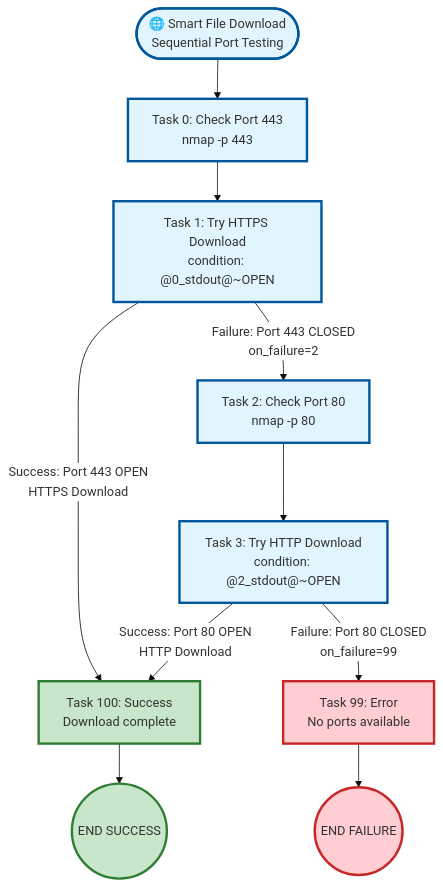
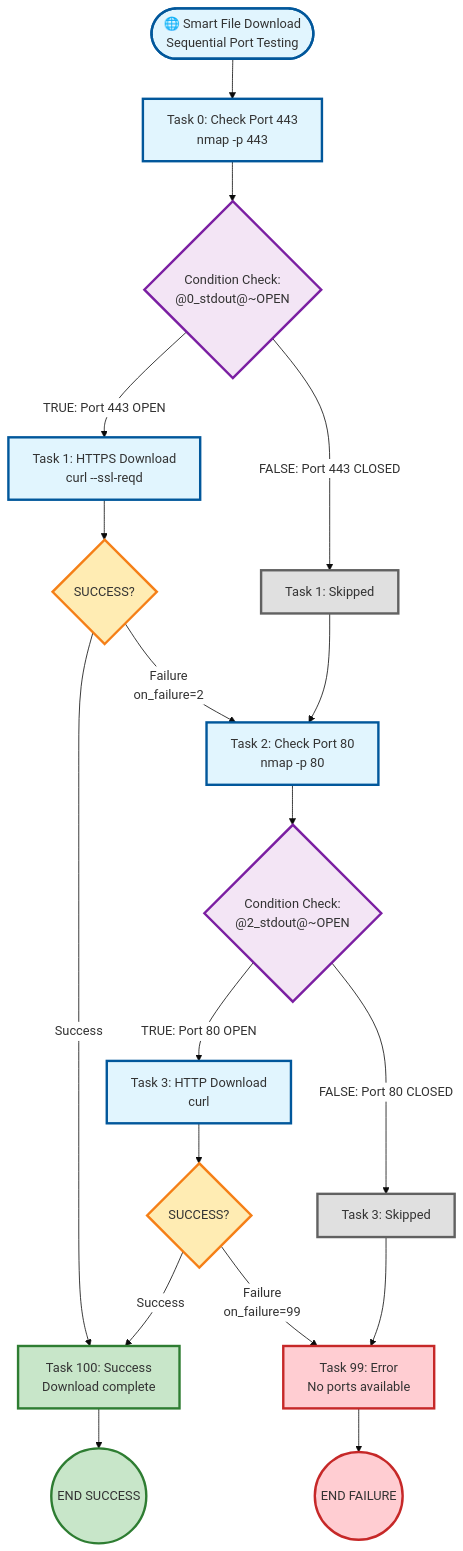
The fourth of 4 diagrams in README.md (bastelbude1/Tasker), drawn with Mermaid before and after one commit.

Commit message:
Fix: Add missing condition check blocks to Smart File Download graph
- Added condition check blocks (purple) for @0_stdout@~OPEN and @2_stdout@~OPEN
- Added success evaluation blocks (yellow) for download tasks
- Shows proper flow: Task → Condition Check → Execute/Skip → Success Check
- Added 'Skipped' nodes (gray) to show what happens when conditions are FALSE
- Proper visualization of conditional execution with pre-task conditions
- Accurate representation of how TASKER evaluates conditions before execution

The graph now correctly shows the conditional flow control logic

````diff
--- a/README.md
+++ b/README.md
@@ -2176,26 +2176,44 @@
 ```mermaid
 %%{init: {'theme':'base', 'themeVariables': {'primaryColor':'#ffffff'}}}%%
 flowchart TD
     Start([🌐 Smart File Download<br/>Sequential Port Testing]) --> T0[Task 0: Check Port 443<br/>nmap -p 443]
-    T0 --> T1[Task 1: Try HTTPS Download<br/>condition: @0_stdout@~OPEN]
+    T0 --> C1{Condition Check:<br/>@0_stdout@~OPEN}
 
-    T1 -->|Success: Port 443 OPEN<br/>HTTPS Download| Success[Task 100: Success<br/>Download complete]
-    T1 -->|Failure: Port 443 CLOSED<br/>on_failure=2| T2[Task 2: Check Port 80<br/>nmap -p 80]
+    C1 -->|TRUE: Port 443 OPEN| T1[Task 1: HTTPS Download<br/>curl --ssl-reqd]
+    C1 -->|FALSE: Port 443 CLOSED| Skip1[Task 1: Skipped]
 
-    T2 --> T3[Task 3: Try HTTP Download<br/>condition: @2_stdout@~OPEN]
-    T3 -->|Success: Port 80 OPEN<br/>HTTP Download| Success
-    T3 -->|Failure: Port 80 CLOSED<br/>on_failure=99| Failed[Task 99: Error<br/>No ports available]
+    T1 --> S1{SUCCESS?}
+    S1 -->|Success| Success[Task 100: Success<br/>Download complete]
+    S1 -->|Failure<br/>on_failure=2| T2[Task 2: Check Port 80<br/>nmap -p 80]
+
+    Skip1 --> T2
+    T2 --> C2{Condition Check:<br/>@2_stdout@~OPEN}
+
+    C2 -->|TRUE: Port 80 OPEN| T3[Task 3: HTTP Download<br/>curl]
+    C2 -->|FALSE: Port 80 CLOSED| Skip3[Task 3: Skipped]
+
+    T3 --> S3{SUCCESS?}
+    S3 -->|Success| Success
+    S3 -->|Failure<br/>on_failure=99| Failed[Task 99: Error<br/>No ports available]
+
+    Skip3 --> Failed
 
     Success --> Complete((END SUCCESS))
     Failed --> Stop((END FAILURE))
 
     style Start fill:#e1f5fe,stroke:#01579b,stroke-width:3px
     style T0 fill:#e1f5fe,stroke:#01579b,stroke-width:3px
     style T1 fill:#e1f5fe,stroke:#01579b,stroke-width:3px
     style T2 fill:#e1f5fe,stroke:#01579b,stroke-width:3px
     style T3 fill:#e1f5fe,stroke:#01579b,stroke-width:3px
+    style C1 fill:#f3e5f5,stroke:#7b1fa2,stroke-width:3px
+    style C2 fill:#f3e5f5,stroke:#7b1fa2,stroke-width:3px
+    style S1 fill:#ffecb3,stroke:#f57f17,stroke-width:3px
+    style S3 fill:#ffecb3,stroke:#f57f17,stroke-width:3px
+    style Skip1 fill:#e0e0e0,stroke:#616161,stroke-width:3px
+    style Skip3 fill:#e0e0e0,stroke:#616161,stroke-width:3px
     style Success fill:#c8e6c9,stroke:#2e7d32,stroke-width:3px
     style Failed fill:#ffcdd2,stroke:#c62828,stroke-width:3px
     style Complete fill:#c8e6c9,stroke:#2e7d32,stroke-width:3px
     style Stop fill:#ffcdd2,stroke:#c62828,stroke-width:3px
 ```
````
